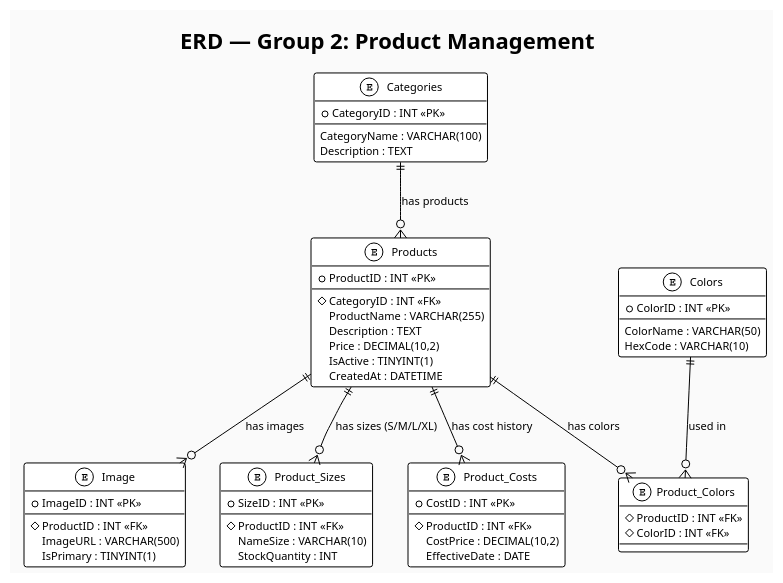
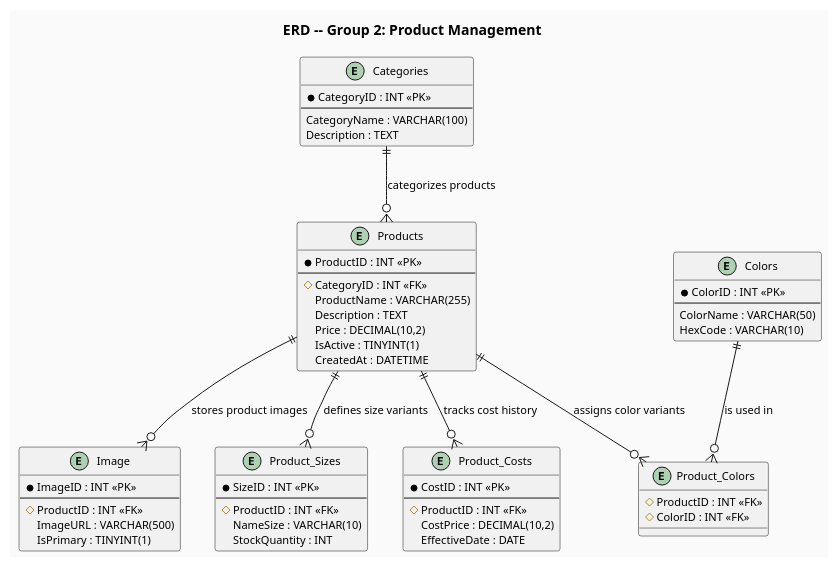
Before and after one commit to TungVuk4/Final-Project: the seventh of 9 diagrams in PlantUML_Diagrams.md, drawn with PlantUML. The commit also changed other lines of this file and 2 other files, not shown here.

````diff
--- a/PlantUML_Diagrams.md
+++ b/PlantUML_Diagrams.md
@@ -306,70 +310,70 @@
 ```plantuml
-@startuml FashionStyle_ERD_Group2_Products
-!theme plain
+@startuml
 skinparam backgroundColor #FAFAFA
 skinparam defaultFontSize 11
 
-title ERD — Group 2: Product Management
+title ERD -- Group 2: Product Management
 
 entity "Categories" as CAT {
   * CategoryID : INT <<PK>>
   --
   CategoryName : VARCHAR(100)
   Description : TEXT
 }
 
 entity "Colors" as COL {
   * ColorID : INT <<PK>>
   --
   ColorName : VARCHAR(50)
   HexCode : VARCHAR(10)
 }
 
 entity "Products" as PROD {
   * ProductID : INT <<PK>>
   --
   # CategoryID : INT <<FK>>
   ProductName : VARCHAR(255)
   Description : TEXT
   Price : DECIMAL(10,2)
   IsActive : TINYINT(1)
   CreatedAt : DATETIME
 }
 
 entity "Product_Costs" as COST {
   * CostID : INT <<PK>>
   --
   # ProductID : INT <<FK>>
   CostPrice : DECIMAL(10,2)
   EffectiveDate : DATE
 }
 
 entity "Product_Sizes" as SIZES {
   * SizeID : INT <<PK>>
   --
   # ProductID : INT <<FK>>
   NameSize : VARCHAR(10)
   StockQuantity : INT
 }
 
 entity "Product_Colors" as PCOL {
   # ProductID : INT <<FK>>
   # ColorID : INT <<FK>>
 }
 
 entity "Image" as IMG {
   * ImageID : INT <<PK>>
   --
   # ProductID : INT <<FK>>
   ImageURL : VARCHAR(500)
   IsPrimary : TINYINT(1)
 }
 
-CAT ||--o{ PROD : "has products"
-PROD ||--o{ COST : "has cost history"
-PROD ||--o{ SIZES : "has sizes (S/M/L/XL)"
-PROD ||--o{ PCOL : "has colors"
-COL ||--o{ PCOL : "used in"
-PROD ||--o{ IMG : "has images"
+CAT ||--o{ PROD : "categorizes products"
+PROD ||--o{ COST : "tracks cost history"
+PROD ||--o{ SIZES : "defines size variants"
+PROD ||--o{ PCOL : "assigns color variants"
+COL ||--o{ PCOL : "is used in"
+PROD ||--o{ IMG : "stores product images"
+
 @enduml
 ```
````
